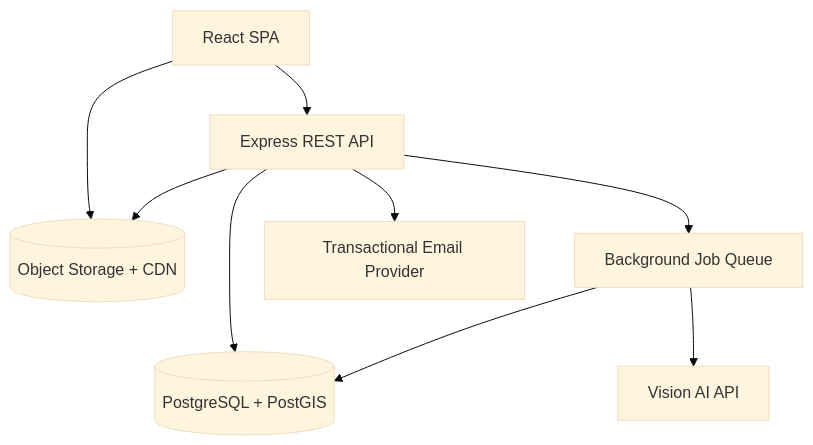
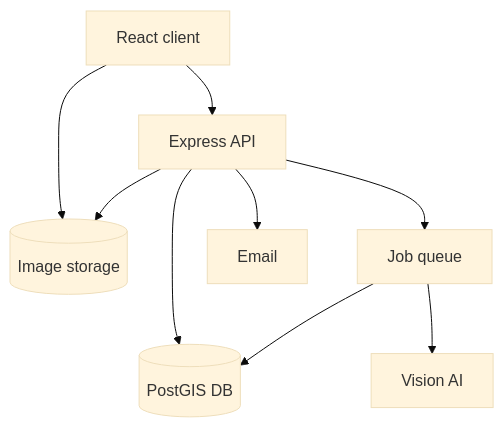
Before and after one commit to rares8283682/geophoto: the diagram in STRATEGY.md, drawn with Mermaid (base theme). The commit also changed other lines of this file, not shown here.

Commit message:
Revise system architecture diagram and descriptions

````diff
--- a/STRATEGY.md
+++ b/STRATEGY.md
@@ -35,19 +35,19 @@
 ```mermaid
 flowchart TB
-  Browser["React SPA"]
-  API["Express REST API"]
-  DB[("PostgreSQL + PostGIS")]
-  Storage[("Object Storage + CDN")]
-  Queue["Background Job Queue"]
-  AI["Vision AI API"]
-  Email["Transactional Email Provider"]
+  Client["React client"]
+  API["Express API"]
+  DB[("PostGIS DB")]
+  Store[("Image storage")]
+  Jobs["Job queue"]
+  AI["Vision AI"]
+  Mail["Email"]
 
-  Browser --> API
-  Browser --> Storage
+  Client --> API
+  Client --> Store
   API --> DB
-  API --> Storage
-  API --> Queue
-  API --> Email
-  Queue --> AI
-  Queue --> DB
+  API --> Store
+  API --> Jobs
+  API --> Mail
+  Jobs --> AI
+  Jobs --> DB
 ```
````
